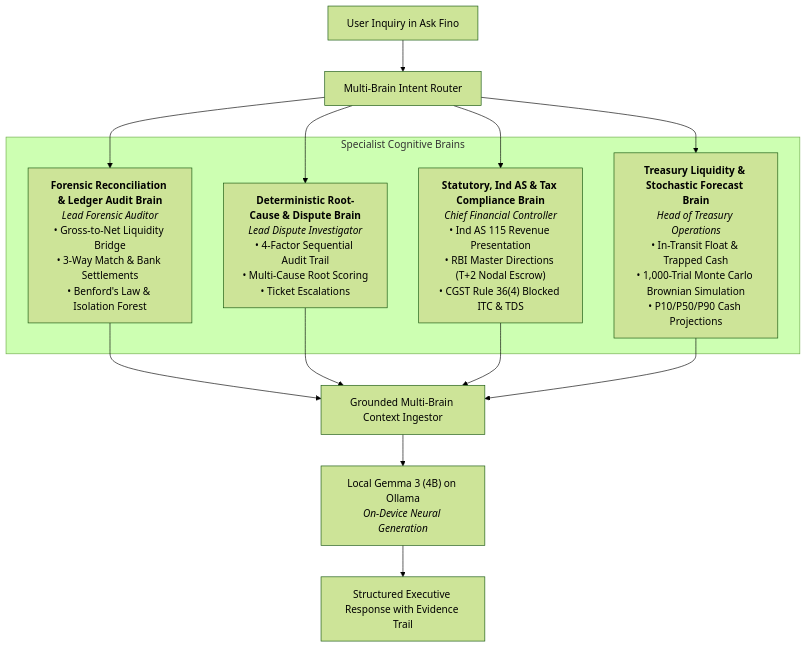
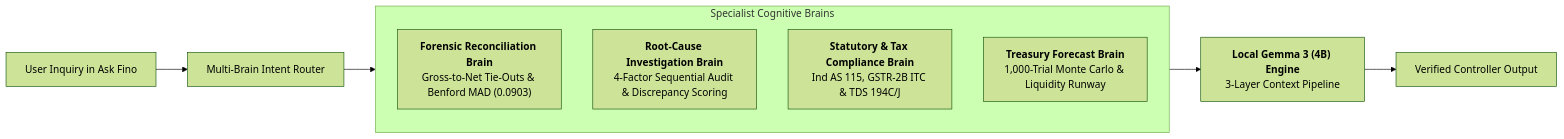
Before and after one commit to sharancode3/Finora: the second of 4 diagrams in README.md, drawn with Mermaid (forest theme). The commit also changed other lines of this file, not shown here.

Commit message:
docs: streamline architecture diagrams to compact horizontal flows with zero vertical bloat

````diff
--- a/README.md
+++ b/README.md
@@ -111,27 +93,16 @@
 ```mermaid
-flowchart TD
-    UserQuery[User Inquiry in Ask Fino] --> Router[Multi-Brain Intent Router]
+flowchart LR
+    Q[User Inquiry in Ask Fino] --> R[Multi-Brain Intent Router]
     
-    subgraph Brain_Squad [Specialist Cognitive Brains]
-        B1["<b>Forensic Reconciliation & Ledger Audit Brain</b><br/><i>Lead Forensic Auditor</i><br/>• Gross-to-Net Liquidity Bridge<br/>• 3-Way Match & Bank Settlements<br/>• Benford's Law & Isolation Forest"]
-        
-        B2["<b>Deterministic Root-Cause & Dispute Brain</b><br/><i>Lead Dispute Investigator</i><br/>• 4-Factor Sequential Audit Trail<br/>• Multi-Cause Root Scoring<br/>• Ticket Escalations"]
-        
-        B3["<b>Statutory, Ind AS & Tax Compliance Brain</b><br/><i>Chief Financial Controller</i><br/>• Ind AS 115 Revenue Presentation<br/>• RBI Master Directions (T+2 Nodal Escrow)<br/>• CGST Rule 36(4) Blocked ITC & TDS"]
-        
-        B4["<b>Treasury Liquidity & Stochastic Forecast Brain</b><br/><i>Head of Treasury Operations</i><br/>• In-Transit Float & Trapped Cash<br/>• 1,000-Trial Monte Carlo Brownian Simulation<br/>• P10/P50/P90 Cash Projections"]
+    subgraph Brains [Specialist Cognitive Brains]
+        direction TB
+        B1["<b>Forensic Reconciliation Brain</b><br/>Gross-to-Net Tie-Outs & Benford MAD (0.0903)"]
+        B2["<b>Root-Cause Investigation Brain</b><br/>4-Factor Sequential Audit & Discrepancy Scoring"]
+        B3["<b>Statutory & Tax Compliance Brain</b><br/>Ind AS 115, GSTR-2B ITC & TDS 194C/J"]
+        B4["<b>Treasury Forecast Brain</b><br/>1,000-Trial Monte Carlo & Liquidity Runway"]
     end
     
-    Router --> B1
-    Router --> B2
-    Router --> B3
-    Router --> B4
-    
-    B1 --> Synthesizer[Grounded Multi-Brain Context Ingestor]
-    B2 --> Synthesizer
-    B3 --> Synthesizer
-    B4 --> Synthesizer
-    
-    Synthesizer --> LocalGemma["Local Gemma 3 (4B) on Ollama<br/><i>On-Device Neural Generation</i>"]
-    LocalGemma --> Output[Structured Executive Response with Evidence Trail]
+    R --> Brains
+    Brains --> G["<b>Local Gemma 3 (4B) Engine</b><br/>3-Layer Context Pipeline"]
+    G --> Ans[Verified Controller Output]
 ```
````
